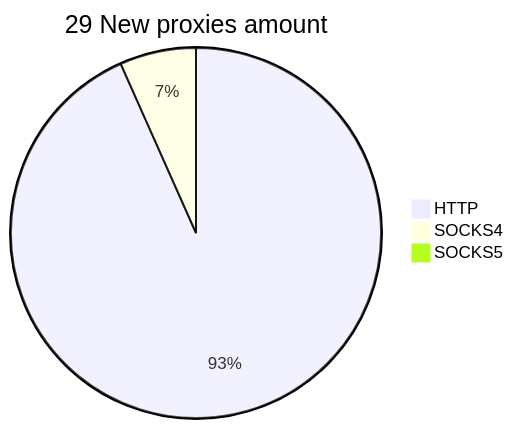
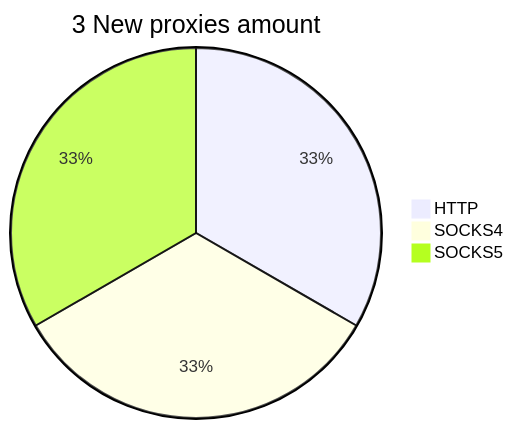
The second of 2 diagrams in README.md (cutipu/proxylist), drawn with Mermaid before and after one commit. The commit also changed other lines of this file, not shown here.

````diff
--- a/README.md
+++ b/README.md
@@ -10,6 +10,6 @@
 ```mermaid
-pie title 29 New proxies amount
-    "HTTP" : 28
-    "SOCKS4" : 2
-    "SOCKS5" : 0
+pie title 3 New proxies amount
+    "HTTP" : 1
+    "SOCKS4" : 1
+    "SOCKS5" : 1
 ```
````
